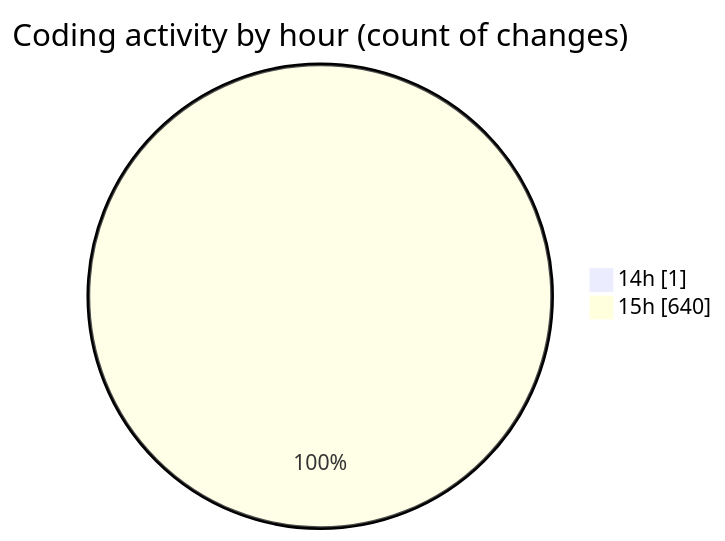
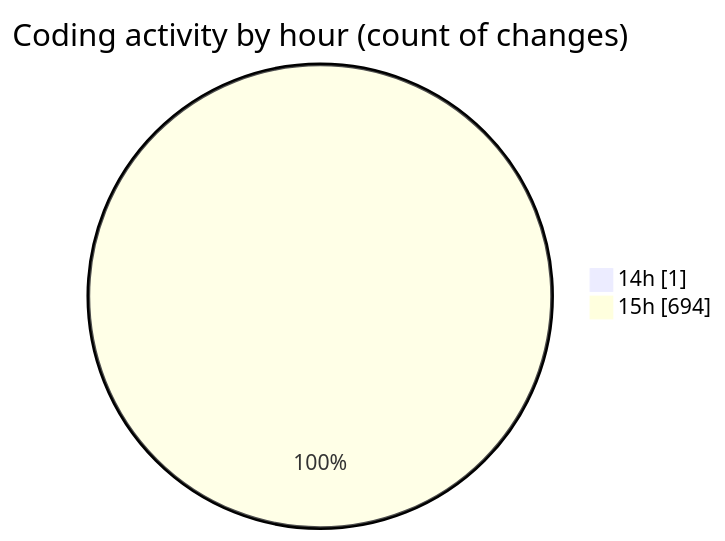
The second of 2 diagrams in 2025-04-10/nxtqube_webapp/README.md (nxtqubesakshisongat/code-tracking), drawn with Mermaid before and after one commit. The commit also changed other lines of this file and 1 other file, not shown here.

````diff
--- a/2025-04-10/nxtqube_webapp/README.md
+++ b/2025-04-10/nxtqube_webapp/README.md
@@ -32,6 +32,6 @@
 ```mermaid
 pie showData
 title Coding activity by hour (count of changes)
 "14h" : 1
-"15h" : 640
+"15h" : 694
 ```
````
